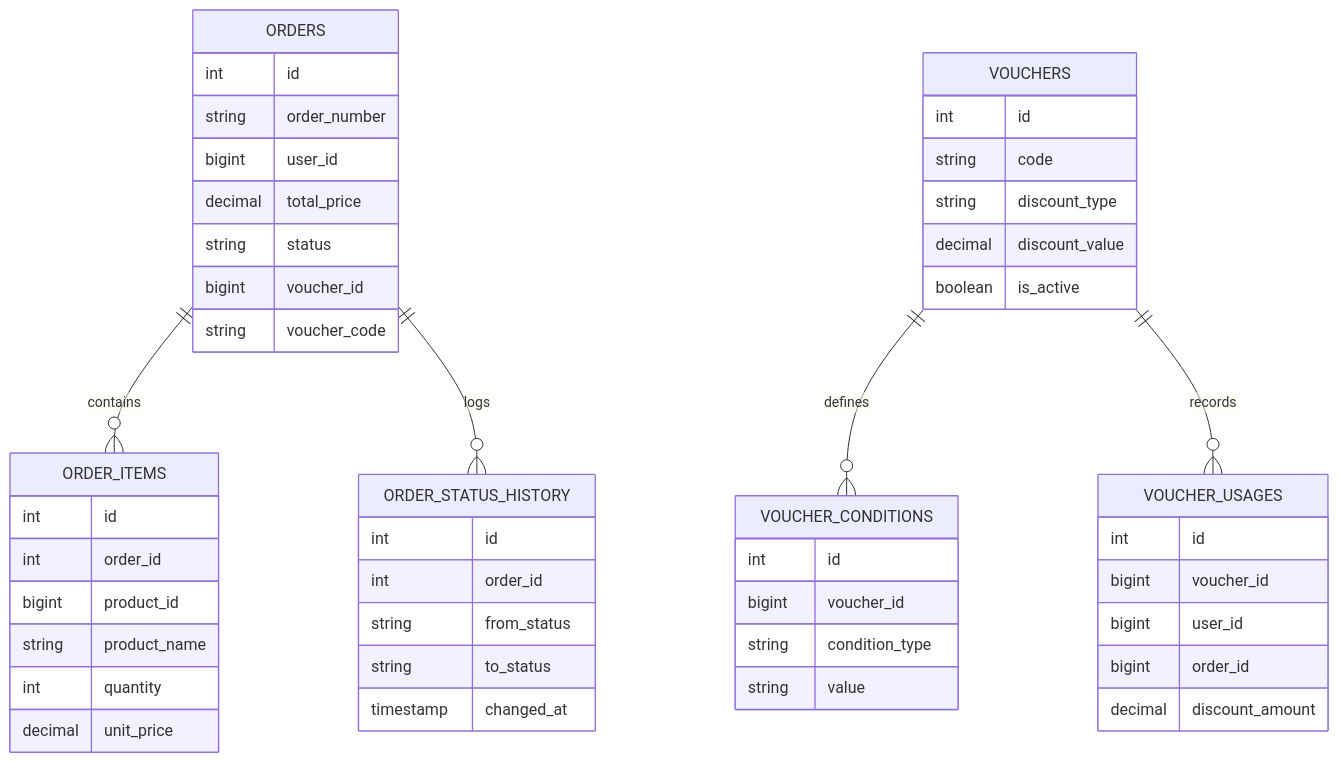
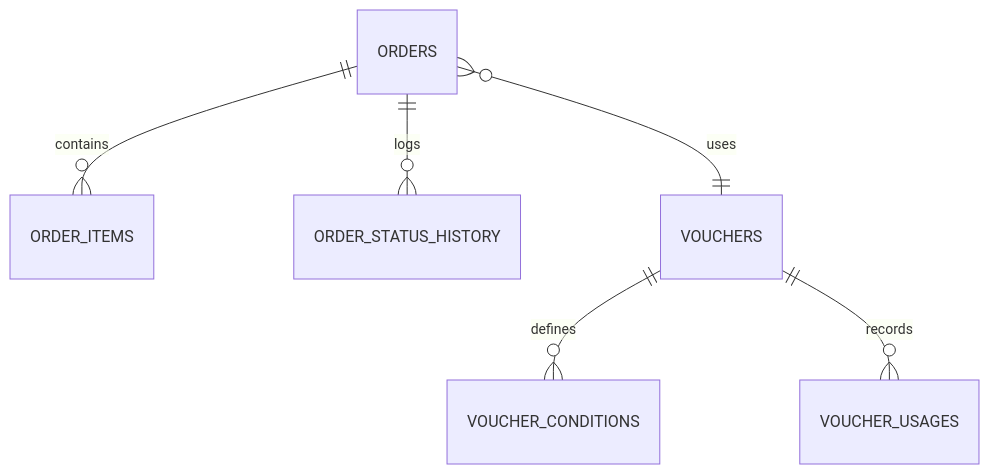
One commit to chduchai16/order-system changed the third of 4 diagrams in README.md. Above: the diagram before and after it, drawn with Mermaid. The commit also changed other lines of this file, not shown here.

````diff
--- a/README.md
+++ b/README.md
@@ -138,57 +62,8 @@
 ```mermaid
 erDiagram
     ORDERS ||--o{ ORDER_ITEMS : contains
     ORDERS ||--o{ ORDER_STATUS_HISTORY : logs
     VOUCHERS ||--o{ VOUCHER_CONDITIONS : defines
     VOUCHERS ||--o{ VOUCHER_USAGES : records
-
-    ORDERS {
-        int id
-        string order_number
-        bigint user_id
-        decimal total_price
-        string status
-        bigint voucher_id
-        string voucher_code
-    }
-
-    ORDER_ITEMS {
-        int id
-        int order_id
-        bigint product_id
-        string product_name
-        int quantity
-        decimal unit_price
-    }
-
-    ORDER_STATUS_HISTORY {
-        int id
-        int order_id
-        string from_status
-        string to_status
-        timestamp changed_at
-    }
-
-    VOUCHERS {
-        int id
-        string code
-        string discount_type
-        decimal discount_value
-        boolean is_active
-    }
-
-    VOUCHER_CONDITIONS {
-        int id
-        bigint voucher_id
-        string condition_type
-        string value
-    }
-
-    VOUCHER_USAGES {
-        int id
-        bigint voucher_id
-        bigint user_id
-        bigint order_id
-        decimal discount_amount
-    }
+    ORDERS }o--|| VOUCHERS : uses
 ```
````
